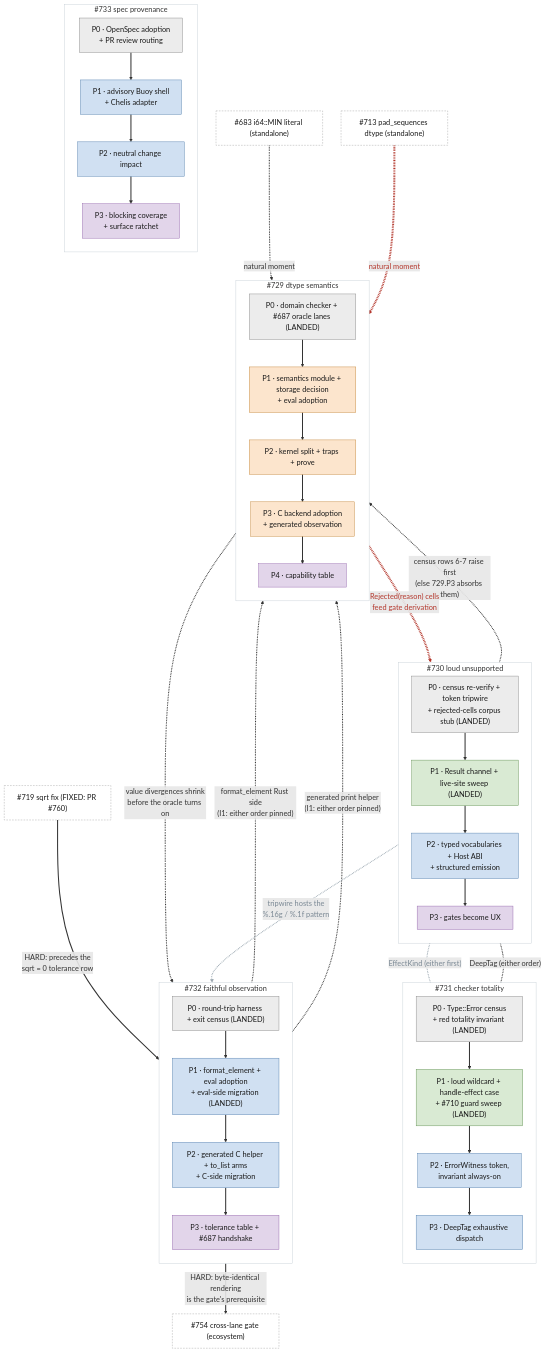
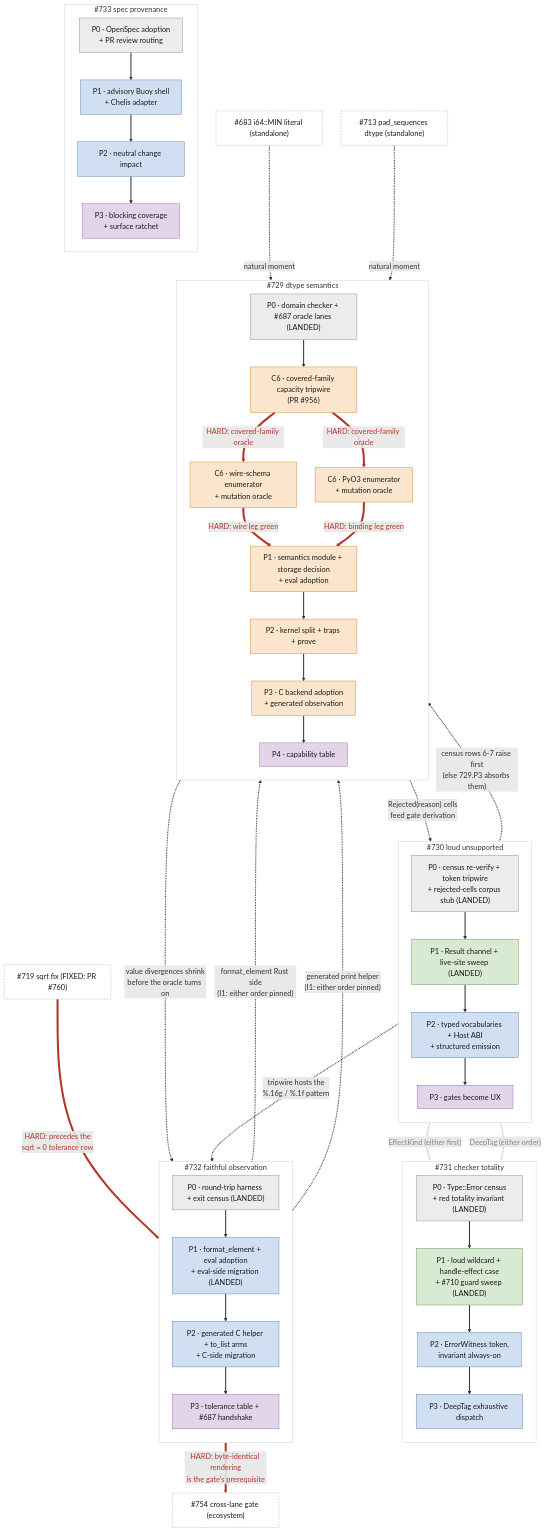
One commit to Chelis-Lang/chelis changed the diagram in spec/design/remediation_roadmap.md. Above: the diagram before and after it, drawn with Mermaid. The commit also changed other lines of this file and 3 other files, not shown here.

````diff
--- a/spec/design/remediation_roadmap.md
+++ b/spec/design/remediation_roadmap.md
@@ -215,11 +219,19 @@
   subgraph S729["#729 dtype semantics"]
     direction TB
     n729p0["P0 · domain checker + #687 oracle lanes (LANDED)"]:::w0
+    n729c6["C6 · covered-family capacity tripwire<br/>(PR #956)"]:::w3
+    n729c6wire["C6 · wire-schema enumerator<br/>+ mutation oracle"]:::w3
+    n729c6binding["C6 · PyO3 enumerator<br/>+ mutation oracle"]:::w3
     n729p1["P1 · semantics module + storage decision<br/>+ eval adoption"]:::w3
     n729p2["P2 · kernel split + traps + prove"]:::w3
     n729p3["P3 · C backend adoption<br/>+ generated observation"]:::w3
     n729p4["P4 · capability table"]:::w4
-    n729p0 --> n729p1 --> n729p2 --> n729p3 --> n729p4
+    n729p0 --> n729c6
+    n729c6 ==>|"HARD: covered-family oracle"| n729c6wire
+    n729c6 ==>|"HARD: covered-family oracle"| n729c6binding
+    n729c6wire ==>|"HARD: wire leg green"| n729p1
+    n729c6binding ==>|"HARD: binding leg green"| n729p1
+    n729p1 --> n729p2 --> n729p3 --> n729p4
   end
 
   n719["#719 sqrt fix (FIXED: PR #760)"]:::ext
@@ -246,6 +258,6 @@
   style S732 fill:#FFFFFF,stroke:#C3CCD3
   style S729 fill:#FFFFFF,stroke:#C3CCD3
   linkStyle default stroke-width:2.5px
-  linkStyle 16,17 stroke:#9AA7B0,color:#7A8894,stroke-width:2.5px
-  linkStyle 23,26 stroke:#B3362B,stroke-width:5px,color:#B3362B
+  linkStyle 21,22 stroke:#9AA7B0,color:#7A8894,stroke-width:2.5px
+  linkStyle 13,14,15,16,28,31 stroke:#B3362B,stroke-width:5px,color:#B3362B
 ```
````
